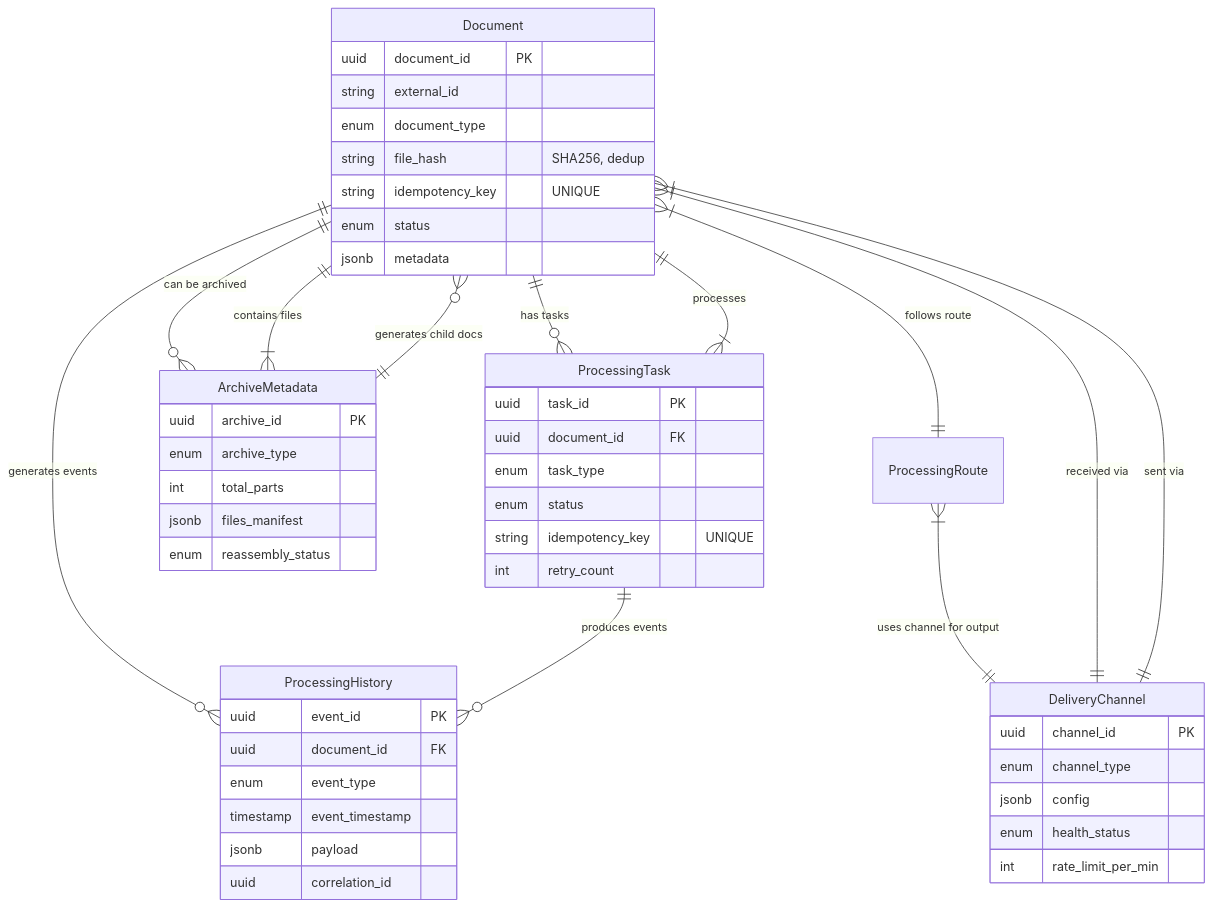
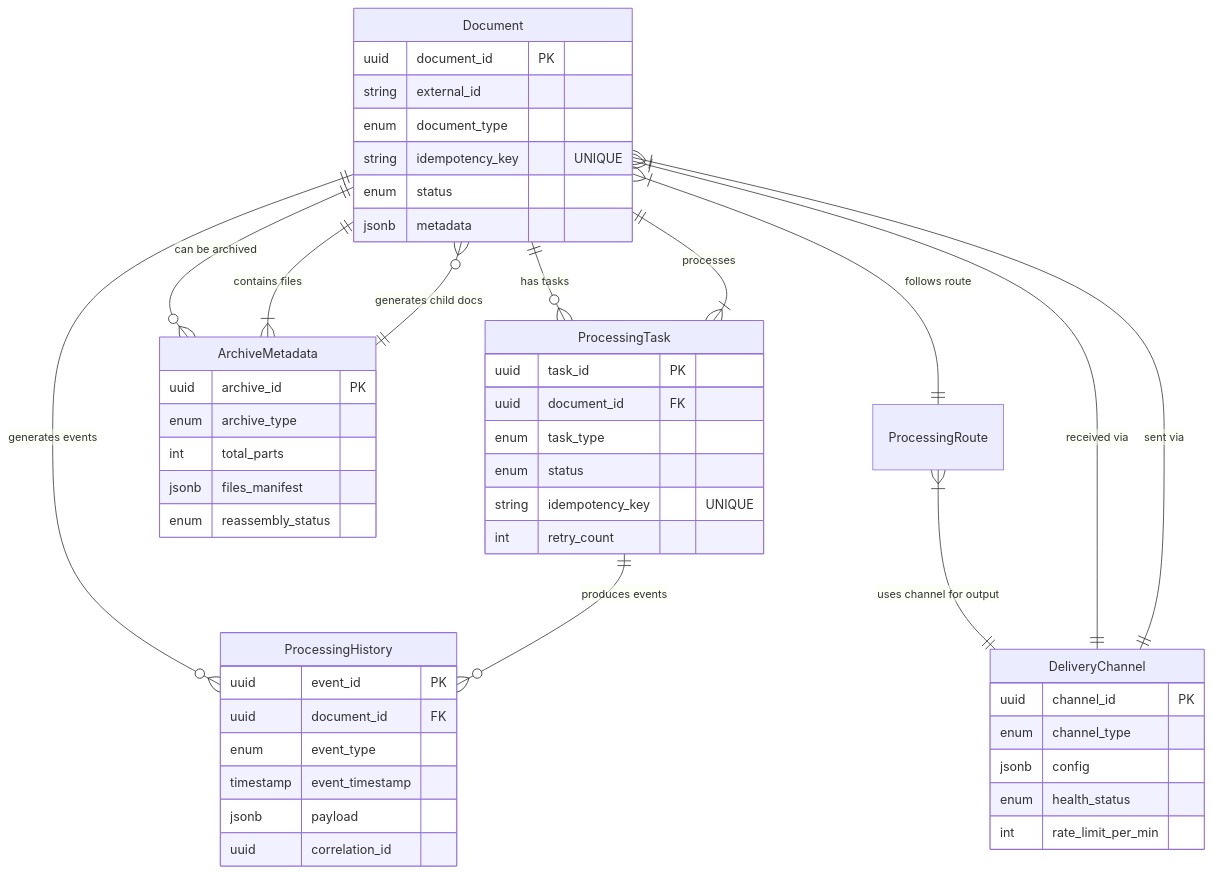
One commit to AlexanderScheqolev/DS_DDF changed the first of 5 diagrams in dev-solution-documents.md. Above: the diagram before and after it, drawn with Mermaid. The commit also changed other lines of this file, not shown here.

Commit message:
Update dev-solution-documents.md
Выполнение пункта 3: Нужно разобраться  с идемпотентностью. Если у вас везде есть явный ключ идемпотентности, file_hash становится избыточным. Хэш можно использовать, если сценарий не предполагает наличия явного ключа идемпотентности - например, если его нет в email сообщении. Однако я не вижу смысла в искусственном введении подобных ограничений для учебного проекта.

````diff
--- a/dev-solution-documents.md
+++ b/dev-solution-documents.md
@@ -227,66 +227,65 @@
 ```mermaid
 erDiagram
     %% Core entities
     Document ||--o{ ProcessingTask : "has tasks"
     Document ||--o{ ProcessingHistory : "generates events"
     Document ||--o{ ArchiveMetadata : "can be archived"
     Document }|--|| ProcessingRoute : "follows route"
     
     %% Task relationships
     ProcessingTask }|--|| Document : "processes"
     ProcessingTask ||--o{ ProcessingHistory : "produces events"
     
     %% Archive relationships
     ArchiveMetadata }|--|| Document : "contains files"
     ArchiveMetadata ||--o{ Document : "generates child docs"
     
     %% Channel relationships
     ProcessingRoute }|--|| DeliveryChannel : "uses channel for output"
     Document }|--|| DeliveryChannel : "received via"
     Document }|--|| DeliveryChannel : "sent via"
     
     %% Idempotency
     Document {
-        uuid document_id PK
-        string external_id
-        enum document_type
-        string file_hash "SHA256, dedup"
-        string idempotency_key "UNIQUE"
-        enum status
-        jsonb metadata
-    }
+    uuid document_id PK
+    string external_id
+    enum document_type
+    string idempotency_key "UNIQUE"
+    enum status
+    jsonb metadata
+}
     
     ProcessingTask {
         uuid task_id PK
         uuid document_id FK
         enum task_type
         enum status
         string idempotency_key "UNIQUE"
         int retry_count
     }
     
     ProcessingHistory {
         uuid event_id PK
         uuid document_id FK
         enum event_type
         timestamp event_timestamp
         jsonb payload
         uuid correlation_id
     }
     
     ArchiveMetadata {
         uuid archive_id PK
         enum archive_type
         int total_parts
         jsonb files_manifest
         enum reassembly_status
     }
     
     DeliveryChannel {
         uuid channel_id PK
         enum channel_type
         jsonb config
         enum health_status
         int rate_limit_per_min
     }
 ```
````
